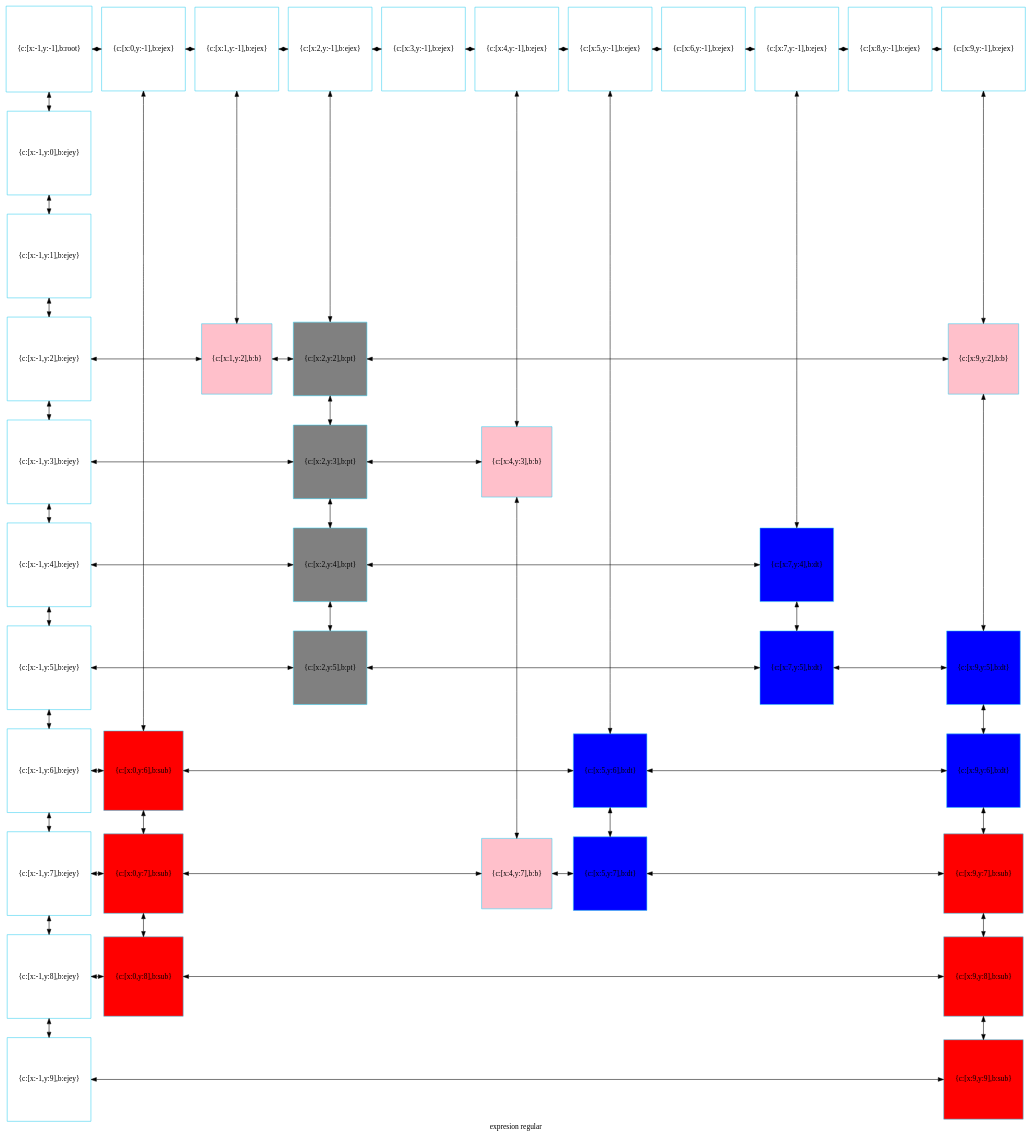
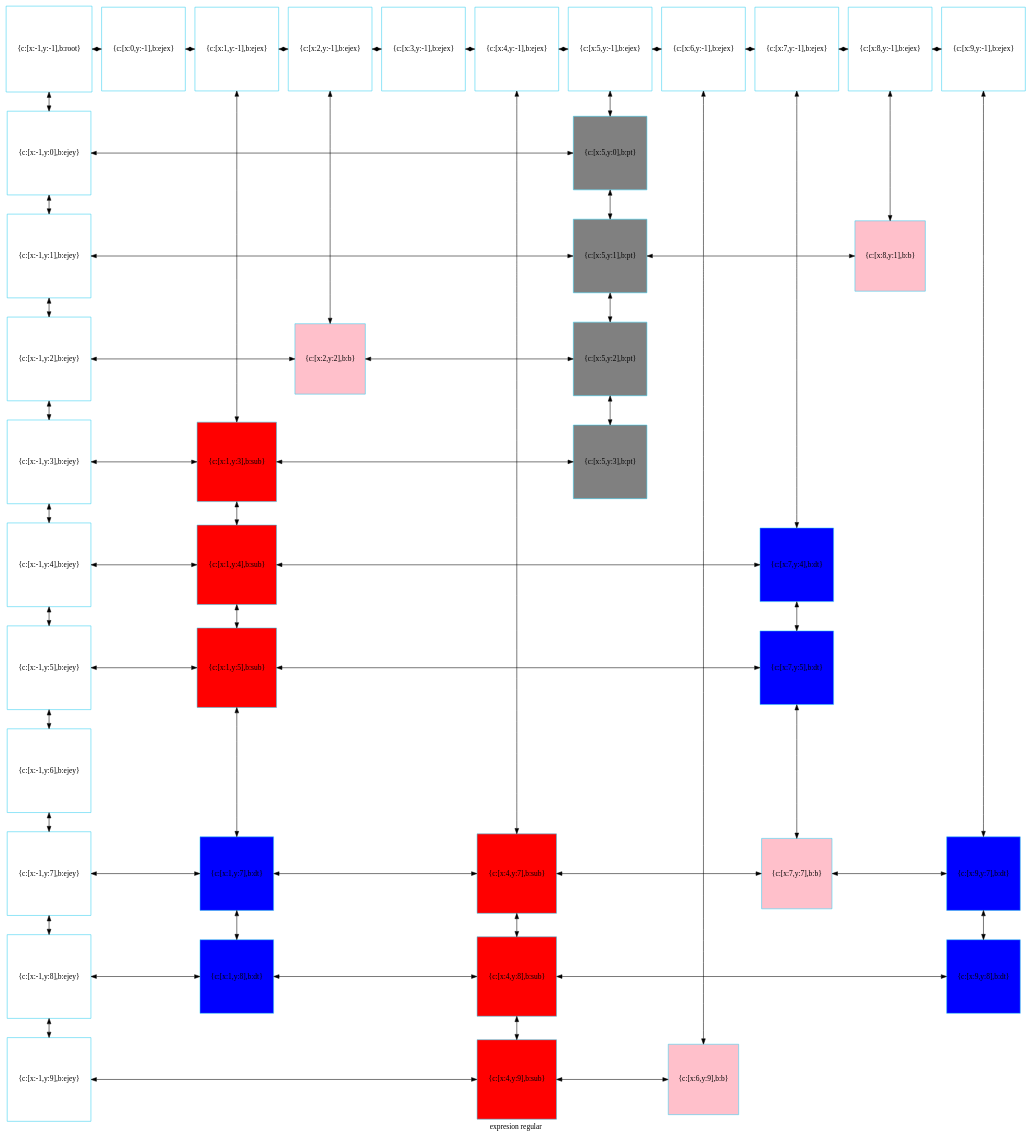
The diagram in mitablero.dot (betebetoven/EDDS2F2), drawn with Graphviz before and after one commit. The commit also changed 30 other files, not shown here.

```diff
--- a/mitablero.dot
+++ b/mitablero.dot
@@ -1,121 +1,121 @@
 digraph G
 {label="expresion regular"
         node[shape = square]
         node[style = filled]
         node[fillcolor = "#EEEEE"]
         node[color = "#EEEEE"]
         node[color = "#31CEF0"]
 
-2084962328848[label="{c:[x:-1,y:-1],b:root}",fillcolor = "white"]
-2084962328992[label="{c:[x:0,y:-1],b:ejex}",fillcolor = "white"]
-2084962329136[label="{c:[x:1,y:-1],b:ejex}",fillcolor = "white"]
-2084962329280[label="{c:[x:2,y:-1],b:ejex}",fillcolor = "white"]
-2084962329424[label="{c:[x:3,y:-1],b:ejex}",fillcolor = "white"]
-2084962329568[label="{c:[x:4,y:-1],b:ejex}",fillcolor = "white"]
-2084962329712[label="{c:[x:5,y:-1],b:ejex}",fillcolor = "white"]
-2084962329856[label="{c:[x:6,y:-1],b:ejex}",fillcolor = "white"]
-2084962330000[label="{c:[x:7,y:-1],b:ejex}",fillcolor = "white"]
-2084962330144[label="{c:[x:8,y:-1],b:ejex}",fillcolor = "white"]
-2084962330288[label="{c:[x:9,y:-1],b:ejex}",fillcolor = "white"]
-2084962330432[label="{c:[x:-1,y:0],b:ejey}",fillcolor = "white"]
-2084962330576[label="{c:[x:-1,y:1],b:ejey}",fillcolor = "white"]
-2084962330720[label="{c:[x:-1,y:2],b:ejey}",fillcolor = "white"]
-2084962386944[label="{c:[x:1,y:2],b:b}",fillcolor = "pink"]
-2084962332016[label="{c:[x:2,y:2],b:pt}",fillcolor = "gray"]
-2084962387280[label="{c:[x:9,y:2],b:b}",fillcolor = "pink"]
-2084962330864[label="{c:[x:-1,y:3],b:ejey}",fillcolor = "white"]
-2084962332352[label="{c:[x:2,y:3],b:pt}",fillcolor = "gray"]
-2084962387616[label="{c:[x:4,y:3],b:b}",fillcolor = "pink"]
-2084962331008[label="{c:[x:-1,y:4],b:ejey}",fillcolor = "white"]
-2084962332688[label="{c:[x:2,y:4],b:pt}",fillcolor = "gray"]
-2084962336720[label="{c:[x:7,y:4],b:dt}",fillcolor = "blue"]
-2084962331152[label="{c:[x:-1,y:5],b:ejey}",fillcolor = "white"]
-2084962333024[label="{c:[x:2,y:5],b:pt}",fillcolor = "gray"]
-2084962386272[label="{c:[x:7,y:5],b:dt}",fillcolor = "blue"]
-2084962335376[label="{c:[x:9,y:5],b:dt}",fillcolor = "blue"]
-2084962331296[label="{c:[x:-1,y:6],b:ejey}",fillcolor = "white"]
-2084962334368[label="{c:[x:0,y:6],b:sub}",fillcolor = "red"]
-2084962336048[label="{c:[x:5,y:6],b:dt}",fillcolor = "blue"]
-2084962335712[label="{c:[x:9,y:6],b:dt}",fillcolor = "blue"]
-2084962331440[label="{c:[x:-1,y:7],b:ejey}",fillcolor = "white"]
-2084962334704[label="{c:[x:0,y:7],b:sub}",fillcolor = "red"]
-2084962386608[label="{c:[x:4,y:7],b:b}",fillcolor = "pink"]
-2084962336384[label="{c:[x:5,y:7],b:dt}",fillcolor = "blue"]
-2084962333600[label="{c:[x:9,y:7],b:sub}",fillcolor = "red"]
-2084962331584[label="{c:[x:-1,y:8],b:ejey}",fillcolor = "white"]
-2084962335040[label="{c:[x:0,y:8],b:sub}",fillcolor = "red"]
-2084962333456[label="{c:[x:9,y:8],b:sub}",fillcolor = "red"]
-2084962331728[label="{c:[x:-1,y:9],b:ejey}",fillcolor = "white"]
-2084962334032[label="{c:[x:9,y:9],b:sub}",fillcolor = "red"]
-2084962328848->2084962330432[dir = both];
-2084962330432->2084962330576[dir = both];
-2084962330576->2084962330720[dir = both];
-2084962330720->2084962330864[dir = both];
-2084962330864->2084962331008[dir = both];
-2084962331008->2084962331152[dir = both];
-2084962331152->2084962331296[dir = both];
-2084962331296->2084962331440[dir = both];
-2084962331440->2084962331584[dir = both];
-2084962331584->2084962331728[dir = both];
-2084962328992->2084962334368[dir = both];
-2084962334368->2084962334704[dir = both];
-2084962334704->2084962335040[dir = both];
-2084962329136->2084962386944[dir = both];
-2084962329280->2084962332016[dir = both];
-2084962332016->2084962332352[dir = both];
-2084962332352->2084962332688[dir = both];
-2084962332688->2084962333024[dir = both];
-2084962329568->2084962387616[dir = both];
-2084962387616->2084962386608[dir = both];
-2084962329712->2084962336048[dir = both];
-2084962336048->2084962336384[dir = both];
-2084962330000->2084962336720[dir = both];
-2084962336720->2084962386272[dir = both];
-2084962330288->2084962387280[dir = both];
-2084962387280->2084962335376[dir = both];
-2084962335376->2084962335712[dir = both];
-2084962335712->2084962333600[dir = both];
-2084962333600->2084962333456[dir = both];
-2084962333456->2084962334032[dir = both];
-2084962328848->2084962328992[dir = both];
-2084962328992->2084962329136[dir = both];
-2084962329136->2084962329280[dir = both];
-2084962329280->2084962329424[dir = both];
-2084962329424->2084962329568[dir = both];
-2084962329568->2084962329712[dir = both];
-2084962329712->2084962329856[dir = both];
-2084962329856->2084962330000[dir = both];
-2084962330000->2084962330144[dir = both];
-2084962330144->2084962330288[dir = both];
-2084962330720->2084962386944[constraint=false,dir = both];
-2084962386944->2084962332016[constraint=false,dir = both];
-2084962332016->2084962387280[constraint=false,dir = both];
-2084962330864->2084962332352[constraint=false,dir = both];
-2084962332352->2084962387616[constraint=false,dir = both];
-2084962331008->2084962332688[constraint=false,dir = both];
-2084962332688->2084962336720[constraint=false,dir = both];
-2084962331152->2084962333024[constraint=false,dir = both];
-2084962333024->2084962386272[constraint=false,dir = both];
-2084962386272->2084962335376[constraint=false,dir = both];
-2084962331296->2084962334368[constraint=false,dir = both];
-2084962334368->2084962336048[constraint=false,dir = both];
-2084962336048->2084962335712[constraint=false,dir = both];
-2084962331440->2084962334704[constraint=false,dir = both];
-2084962334704->2084962386608[constraint=false,dir = both];
-2084962386608->2084962336384[constraint=false,dir = both];
-2084962336384->2084962333600[constraint=false,dir = both];
-2084962331584->2084962335040[constraint=false,dir = both];
-2084962335040->2084962333456[constraint=false,dir = both];
-2084962331728->2084962334032[constraint=false,dir = both];
- {rank=same; 2084962328848;2084962328992;2084962329136;2084962329280;2084962329424;2084962329568;2084962329712;2084962329856;2084962330000;2084962330144;2084962330288;}
- {rank=same; 2084962330432;}
- {rank=same; 2084962330576;}
- {rank=same; 2084962330720;2084962386944;2084962332016;2084962387280;}
- {rank=same; 2084962330864;2084962332352;2084962387616;}
- {rank=same; 2084962331008;2084962332688;2084962336720;}
- {rank=same; 2084962331152;2084962333024;2084962386272;2084962335376;}
- {rank=same; 2084962331296;2084962334368;2084962336048;2084962335712;}
- {rank=same; 2084962331440;2084962334704;2084962386608;2084962336384;2084962333600;}
- {rank=same; 2084962331584;2084962335040;2084962333456;}
- {rank=same; 2084962331728;2084962334032;}
+1731289668800[label="{c:[x:-1,y:-1],b:root}",fillcolor = "white"]
+1731289668944[label="{c:[x:0,y:-1],b:ejex}",fillcolor = "white"]
+1731289669088[label="{c:[x:1,y:-1],b:ejex}",fillcolor = "white"]
+1731289669232[label="{c:[x:2,y:-1],b:ejex}",fillcolor = "white"]
+1731289669376[label="{c:[x:3,y:-1],b:ejex}",fillcolor = "white"]
+1731289669520[label="{c:[x:4,y:-1],b:ejex}",fillcolor = "white"]
+1731289669664[label="{c:[x:5,y:-1],b:ejex}",fillcolor = "white"]
+1731289669808[label="{c:[x:6,y:-1],b:ejex}",fillcolor = "white"]
+1731289669952[label="{c:[x:7,y:-1],b:ejex}",fillcolor = "white"]
+1731289670096[label="{c:[x:8,y:-1],b:ejex}",fillcolor = "white"]
+1731289670240[label="{c:[x:9,y:-1],b:ejex}",fillcolor = "white"]
+1731289670384[label="{c:[x:-1,y:0],b:ejey}",fillcolor = "white"]
+1731289671968[label="{c:[x:5,y:0],b:pt}",fillcolor = "gray"]
+1731289670528[label="{c:[x:-1,y:1],b:ejey}",fillcolor = "white"]
+1731289672304[label="{c:[x:5,y:1],b:pt}",fillcolor = "gray"]
+1731289677680[label="{c:[x:8,y:1],b:b}",fillcolor = "pink"]
+1731289670672[label="{c:[x:-1,y:2],b:ejey}",fillcolor = "white"]
+1731289676672[label="{c:[x:2,y:2],b:b}",fillcolor = "pink"]
+1731289672640[label="{c:[x:5,y:2],b:pt}",fillcolor = "gray"]
+1731289670816[label="{c:[x:-1,y:3],b:ejey}",fillcolor = "white"]
+1731289673312[label="{c:[x:1,y:3],b:sub}",fillcolor = "red"]
+1731289672976[label="{c:[x:5,y:3],b:pt}",fillcolor = "gray"]
+1731289670960[label="{c:[x:-1,y:4],b:ejey}",fillcolor = "white"]
+1731289673648[label="{c:[x:1,y:4],b:sub}",fillcolor = "red"]
+1731289676720[label="{c:[x:7,y:4],b:dt}",fillcolor = "blue"]
+1731289671104[label="{c:[x:-1,y:5],b:ejey}",fillcolor = "white"]
+1731289673984[label="{c:[x:1,y:5],b:sub}",fillcolor = "red"]
+1731289677056[label="{c:[x:7,y:5],b:dt}",fillcolor = "blue"]
+1731289671248[label="{c:[x:-1,y:6],b:ejey}",fillcolor = "white"]
+1731289671392[label="{c:[x:-1,y:7],b:ejey}",fillcolor = "white"]
+1731289675328[label="{c:[x:1,y:7],b:dt}",fillcolor = "blue"]
+1731289674320[label="{c:[x:4,y:7],b:sub}",fillcolor = "red"]
+1731289694800[label="{c:[x:7,y:7],b:b}",fillcolor = "pink"]
+1731289676000[label="{c:[x:9,y:7],b:dt}",fillcolor = "blue"]
+1731289671536[label="{c:[x:-1,y:8],b:ejey}",fillcolor = "white"]
+1731289675664[label="{c:[x:1,y:8],b:dt}",fillcolor = "blue"]
+1731289674656[label="{c:[x:4,y:8],b:sub}",fillcolor = "red"]
+1731289676336[label="{c:[x:9,y:8],b:dt}",fillcolor = "blue"]
+1731289671680[label="{c:[x:-1,y:9],b:ejey}",fillcolor = "white"]
+1731289674992[label="{c:[x:4,y:9],b:sub}",fillcolor = "red"]
+1731289694464[label="{c:[x:6,y:9],b:b}",fillcolor = "pink"]
+1731289668800->1731289670384[dir = both];
+1731289670384->1731289670528[dir = both];
+1731289670528->1731289670672[dir = both];
+1731289670672->1731289670816[dir = both];
+1731289670816->1731289670960[dir = both];
+1731289670960->1731289671104[dir = both];
+1731289671104->1731289671248[dir = both];
+1731289671248->1731289671392[dir = both];
+1731289671392->1731289671536[dir = both];
+1731289671536->1731289671680[dir = both];
+1731289669088->1731289673312[dir = both];
+1731289673312->1731289673648[dir = both];
+1731289673648->1731289673984[dir = both];
+1731289673984->1731289675328[dir = both];
+1731289675328->1731289675664[dir = both];
+1731289669232->1731289676672[dir = both];
+1731289669520->1731289674320[dir = both];
+1731289674320->1731289674656[dir = both];
+1731289674656->1731289674992[dir = both];
+1731289669664->1731289671968[dir = both];
+1731289671968->1731289672304[dir = both];
+1731289672304->1731289672640[dir = both];
+1731289672640->1731289672976[dir = both];
+1731289669808->1731289694464[dir = both];
+1731289669952->1731289676720[dir = both];
+1731289676720->1731289677056[dir = both];
+1731289677056->1731289694800[dir = both];
+1731289670096->1731289677680[dir = both];
+1731289670240->1731289676000[dir = both];
+1731289676000->1731289676336[dir = both];
+1731289668800->1731289668944[dir = both];
+1731289668944->1731289669088[dir = both];
+1731289669088->1731289669232[dir = both];
+1731289669232->1731289669376[dir = both];
+1731289669376->1731289669520[dir = both];
+1731289669520->1731289669664[dir = both];
+1731289669664->1731289669808[dir = both];
+1731289669808->1731289669952[dir = both];
+1731289669952->1731289670096[dir = both];
+1731289670096->1731289670240[dir = both];
+1731289670384->1731289671968[constraint=false,dir = both];
+1731289670528->1731289672304[constraint=false,dir = both];
+1731289672304->1731289677680[constraint=false,dir = both];
+1731289670672->1731289676672[constraint=false,dir = both];
+1731289676672->1731289672640[constraint=false,dir = both];
+1731289670816->1731289673312[constraint=false,dir = both];
+1731289673312->1731289672976[constraint=false,dir = both];
+1731289670960->1731289673648[constraint=false,dir = both];
+1731289673648->1731289676720[constraint=false,dir = both];
+1731289671104->1731289673984[constraint=false,dir = both];
+1731289673984->1731289677056[constraint=false,dir = both];
+1731289671392->1731289675328[constraint=false,dir = both];
+1731289675328->1731289674320[constraint=false,dir = both];
+1731289674320->1731289694800[constraint=false,dir = both];
+1731289694800->1731289676000[constraint=false,dir = both];
+1731289671536->1731289675664[constraint=false,dir = both];
+1731289675664->1731289674656[constraint=false,dir = both];
+1731289674656->1731289676336[constraint=false,dir = both];
+1731289671680->1731289674992[constraint=false,dir = both];
+1731289674992->1731289694464[constraint=false,dir = both];
+ {rank=same; 1731289668800;1731289668944;1731289669088;1731289669232;1731289669376;1731289669520;1731289669664;1731289669808;1731289669952;1731289670096;1731289670240;}
+ {rank=same; 1731289670384;1731289671968;}
+ {rank=same; 1731289670528;1731289672304;1731289677680;}
+ {rank=same; 1731289670672;1731289676672;1731289672640;}
+ {rank=same; 1731289670816;1731289673312;1731289672976;}
+ {rank=same; 1731289670960;1731289673648;1731289676720;}
+ {rank=same; 1731289671104;1731289673984;1731289677056;}
+ {rank=same; 1731289671248;}
+ {rank=same; 1731289671392;1731289675328;1731289674320;1731289694800;1731289676000;}
+ {rank=same; 1731289671536;1731289675664;1731289674656;1731289676336;}
+ {rank=same; 1731289671680;1731289674992;1731289694464;}
 }
```
